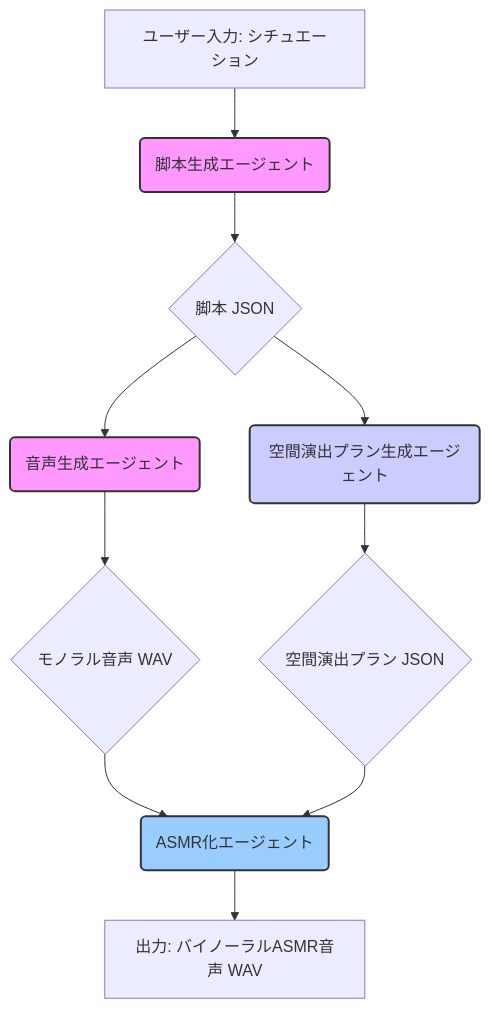
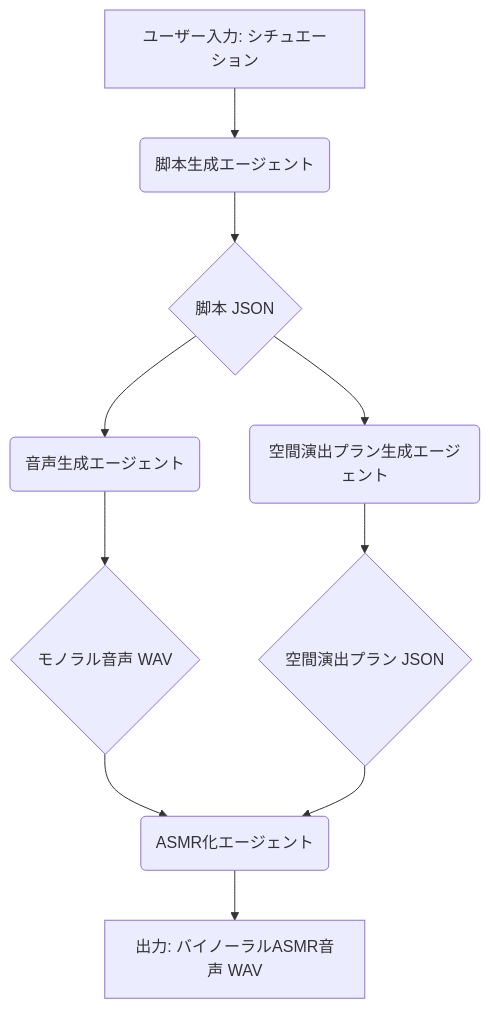
Before and after one commit to nozoyoshida/asmr-gen: the diagram in README.md, drawn with Mermaid.

````diff
--- a/README.md
+++ b/README.md
@@ -37,17 +37,12 @@
 ```mermaid
 graph TD
     A[ユーザー入力: シチュエーション] --> B(脚本生成エージェント);
     B --> C{脚本 JSON};
     C --> D(音声生成エージェント);
     C --> E(空間演出プラン生成エージェント);
     D --> F{モノラル音声 WAV};
     E --> G{空間演出プラン JSON};
     F --> H(ASMR化エージェント);
     G --> H;
     H --> I[出力: バイノーラルASMR音声 WAV];
-
-    style B fill:#f9f,stroke:#333,stroke-width:2px
-    style D fill:#f9f,stroke:#333,stroke-width:2px
-    style E fill:#ccf,stroke:#333,stroke-width:2px
-    style H fill:#9cf,stroke:#333,stroke-width:2px
 ```
````
